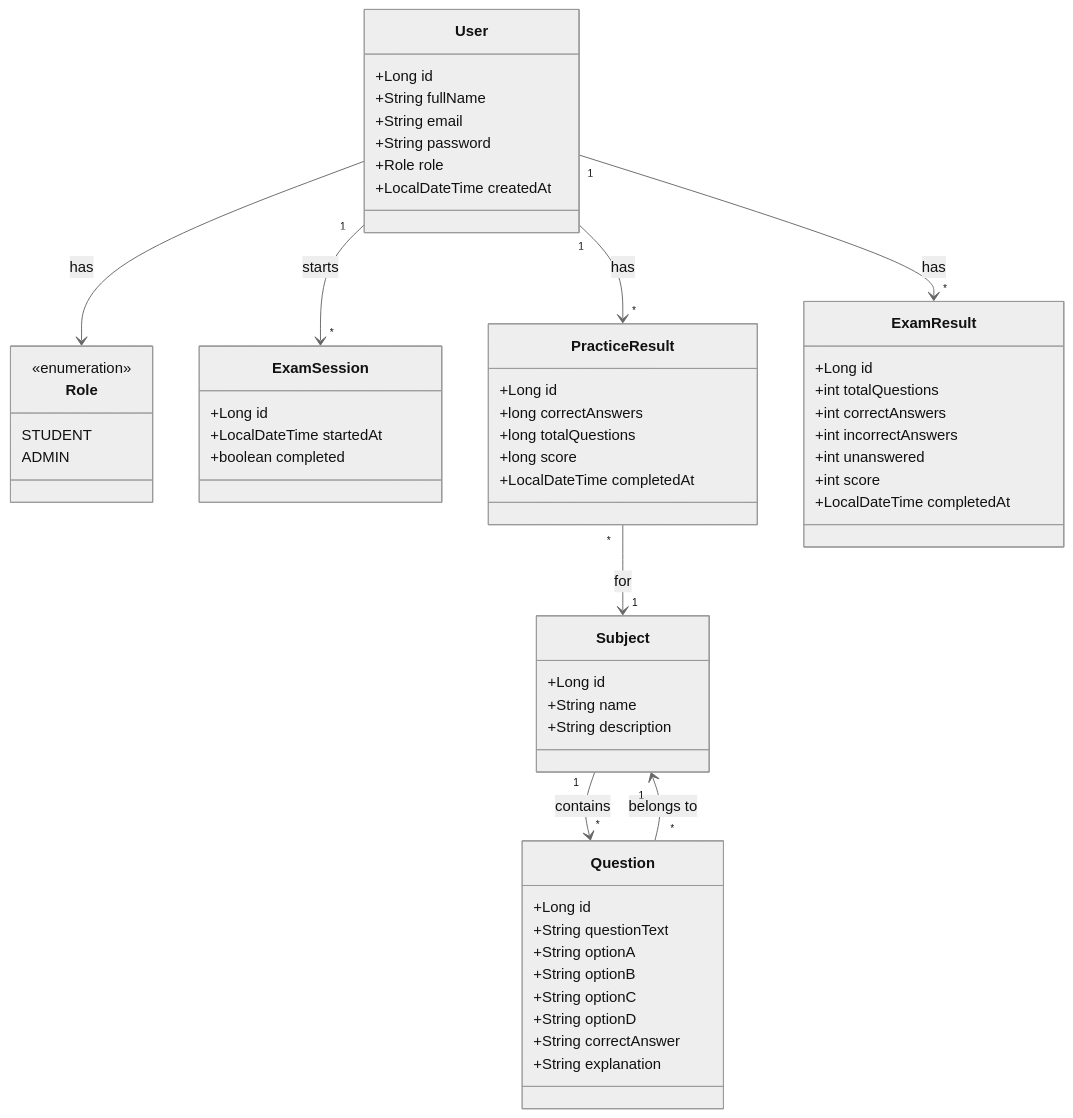
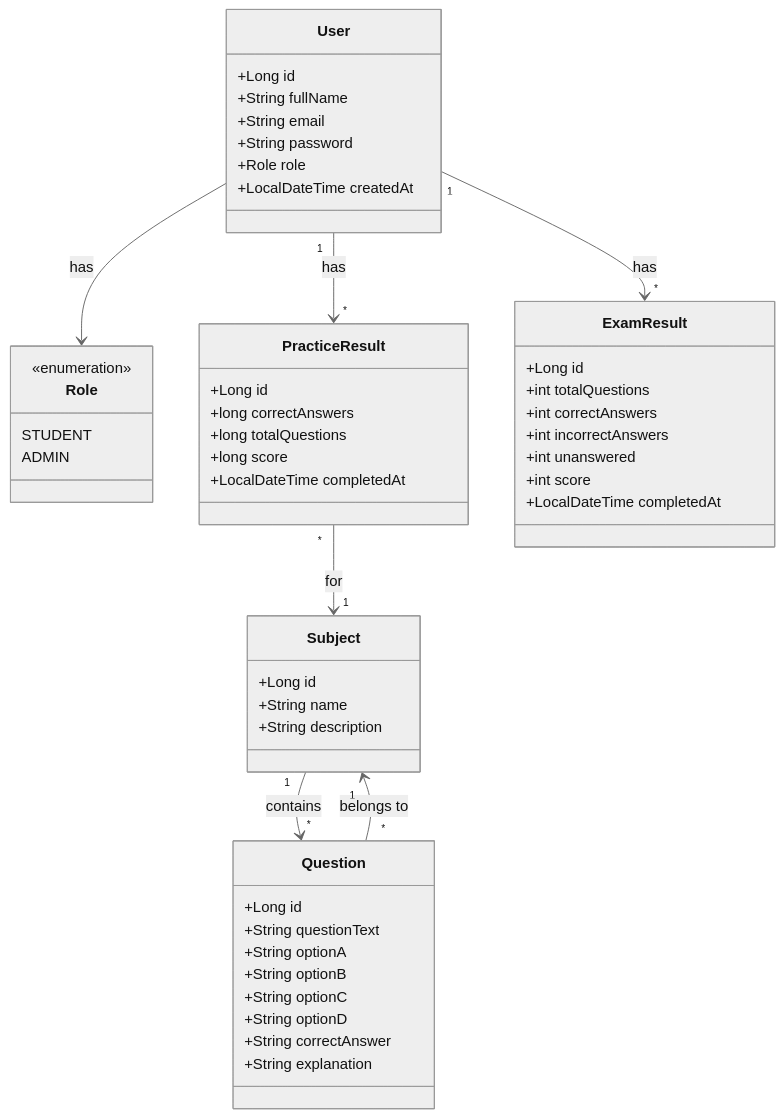
Before and after one commit to Hunter-Theory-Examination-Jagarexamen/hunter-exam-trainer: the diagram in docs/Design/UML-Class-Diagram.md, drawn with Mermaid (neutral theme). The commit also changed 2 other files, not shown here.

Commit message:
docs(exam): describe mock exams stored as attempts in the API spec; remove ExamSession from the diagrams (#174)
API spec: the mock exam section describes start, answer (can be changed until
submit) and submit as they work now, with their error codes. Our earlier
issue-number/history remarks are removed from the spec (history lives in git
and the DevLog). ER and UML diagrams no longer show ExamSession.

Claude-Session: https://claude.ai/code/session_0198PMfKHJe8YJkJn5fJgJ3M

````diff
--- a/docs/Design/UML-Class-Diagram.md
+++ b/docs/Design/UML-Class-Diagram.md
@@ -3,67 +3,60 @@
 ```mermaid
 classDiagram
 
 class User {
     +Long id 
     +String fullName 
     +String email 
     +String password 
     +Role role 
     +LocalDateTime createdAt
 }
 
 class Role {
     <<enumeration>>
     STUDENT
     ADMIN
-}
-
-class ExamSession {
-    +Long id
-    +LocalDateTime startedAt
-    +boolean completed
 }
 
 class Subject { 
     +Long id 
     +String name 
     +String description 
 }
 
 class Question {
     +Long id
     +String questionText
     +String optionA
     +String optionB
     +String optionC
     +String optionD
     +String correctAnswer
     +String explanation
 }
 
 class PracticeResult { 
     +Long id 
     +long correctAnswers 
     +long totalQuestions 
     +long score 
     +LocalDateTime completedAt 
 } 
 
 class ExamResult { 
     +Long id 
     +int totalQuestions 
     +int correctAnswers 
     +int incorrectAnswers 
     +int unanswered 
     +int score 
     +LocalDateTime completedAt 
 }
 
     User "1" --> "*" PracticeResult : has 
     User "1" --> "*" ExamResult : has 
-    User "1" --> "*" ExamSession : starts 
     User --> Role : has 
     Subject "1" --> "*" Question : contains 
     PracticeResult "*" --> "1" Subject : for 
     Question "*" --> "1" Subject : belongs to
 ```
````
